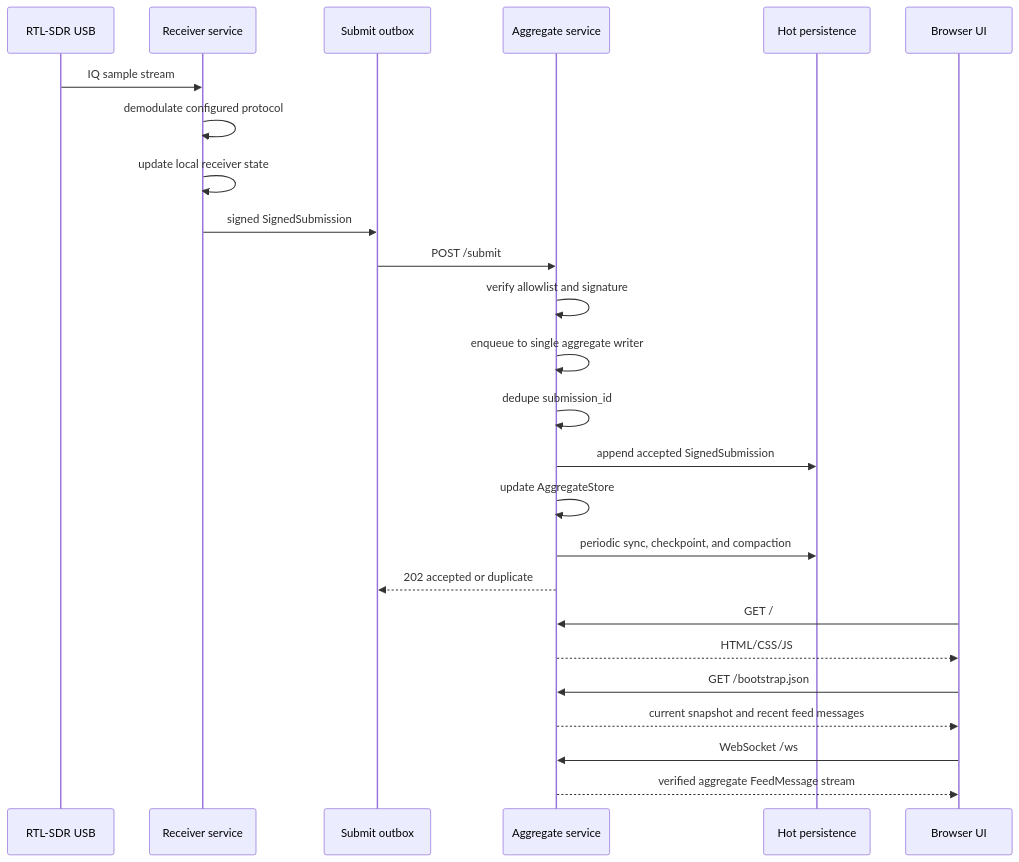
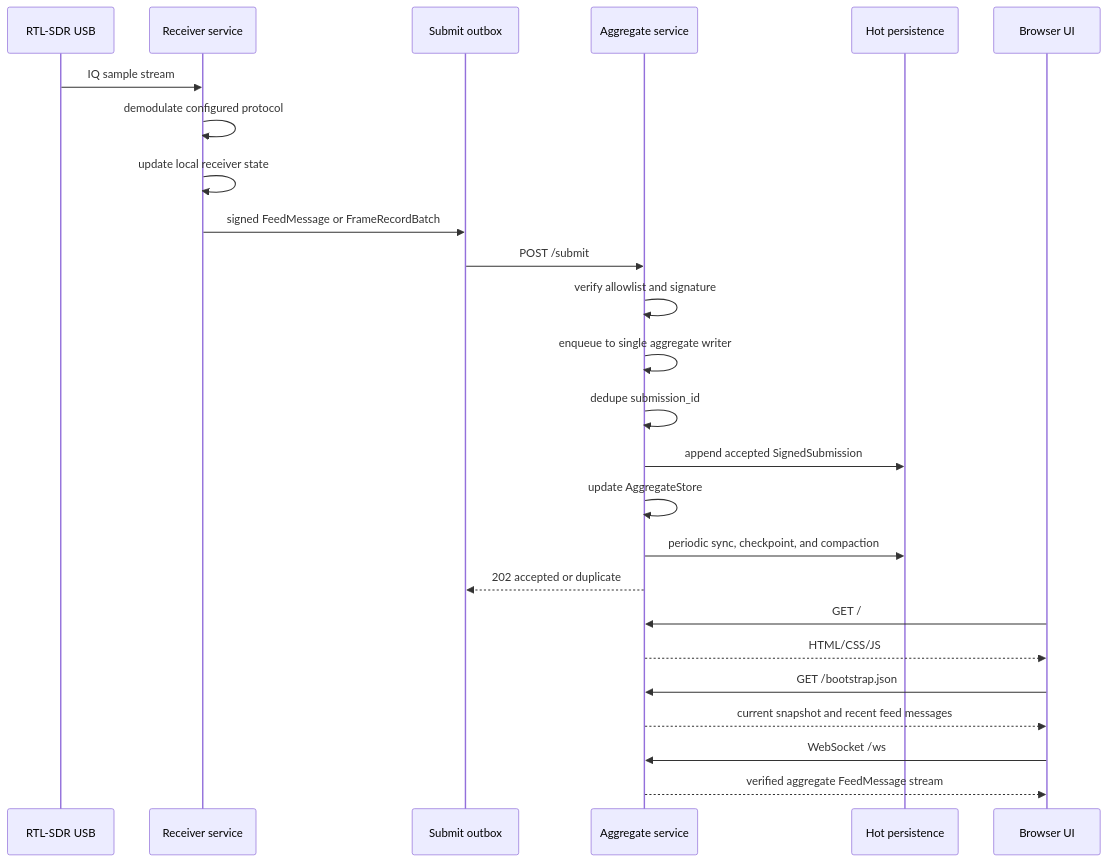
Before and after one commit to abhay/rsdb: the second of 2 diagrams in docs/ARCHITECTURE.md, drawn with Mermaid. The commit also changed other lines of this file and 14 other files, not shown here.

First line of the commit message:
Add signed raw frame submissions

````diff
--- a/docs/ARCHITECTURE.md
+++ b/docs/ARCHITECTURE.md
@@ -70,29 +70,29 @@
 ```mermaid
 sequenceDiagram
   participant USB as RTL-SDR USB
   participant R as Receiver service
   participant Q as Submit outbox
   participant A as Aggregate service
   participant P as Hot persistence
   participant U as Browser UI
 
   USB->>R: IQ sample stream
   R->>R: demodulate configured protocol
   R->>R: update local receiver state
-  R->>Q: signed SignedSubmission
+  R->>Q: signed FeedMessage or FrameRecordBatch
   Q->>A: POST /submit
   A->>A: verify allowlist and signature
   A->>A: enqueue to single aggregate writer
   A->>A: dedupe submission_id
   A->>P: append accepted SignedSubmission
   A->>A: update AggregateStore
   A->>P: periodic sync, checkpoint, and compaction
   A-->>Q: 202 accepted or duplicate
 
   U->>A: GET /
   A-->>U: HTML/CSS/JS
   U->>A: GET /bootstrap.json
   A-->>U: current snapshot and recent feed messages
   U->>A: WebSocket /ws
   A-->>U: verified aggregate FeedMessage stream
 ```
````
